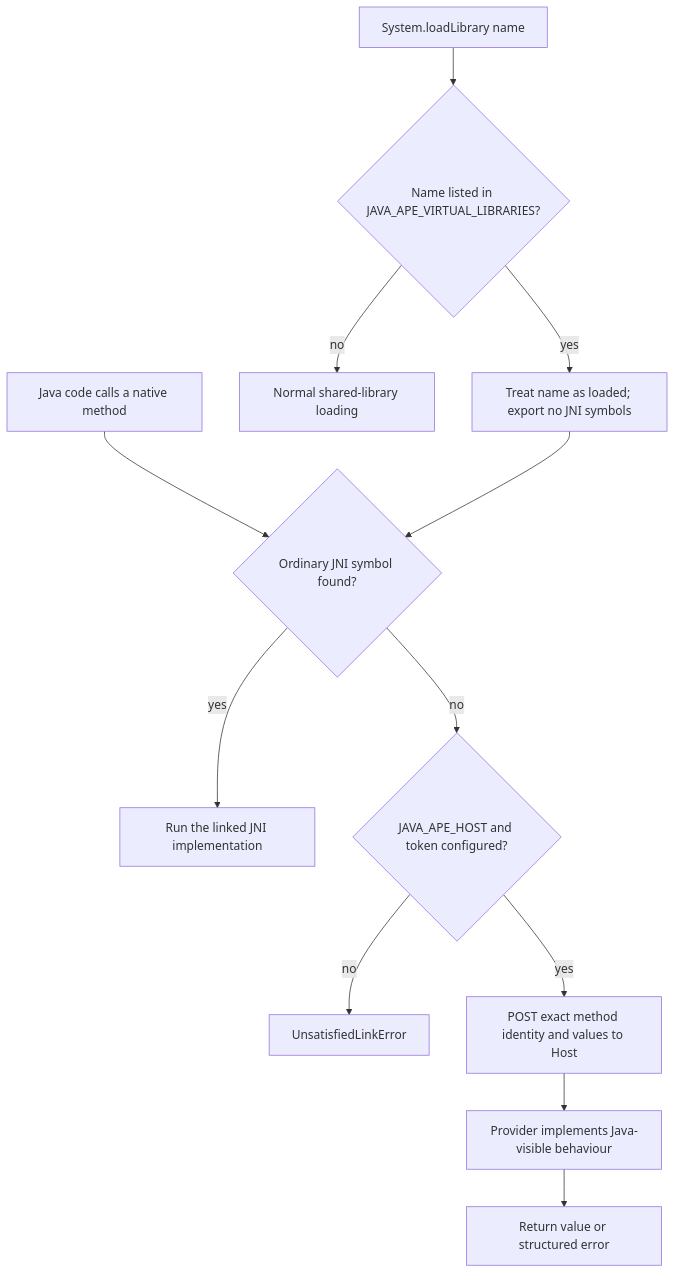
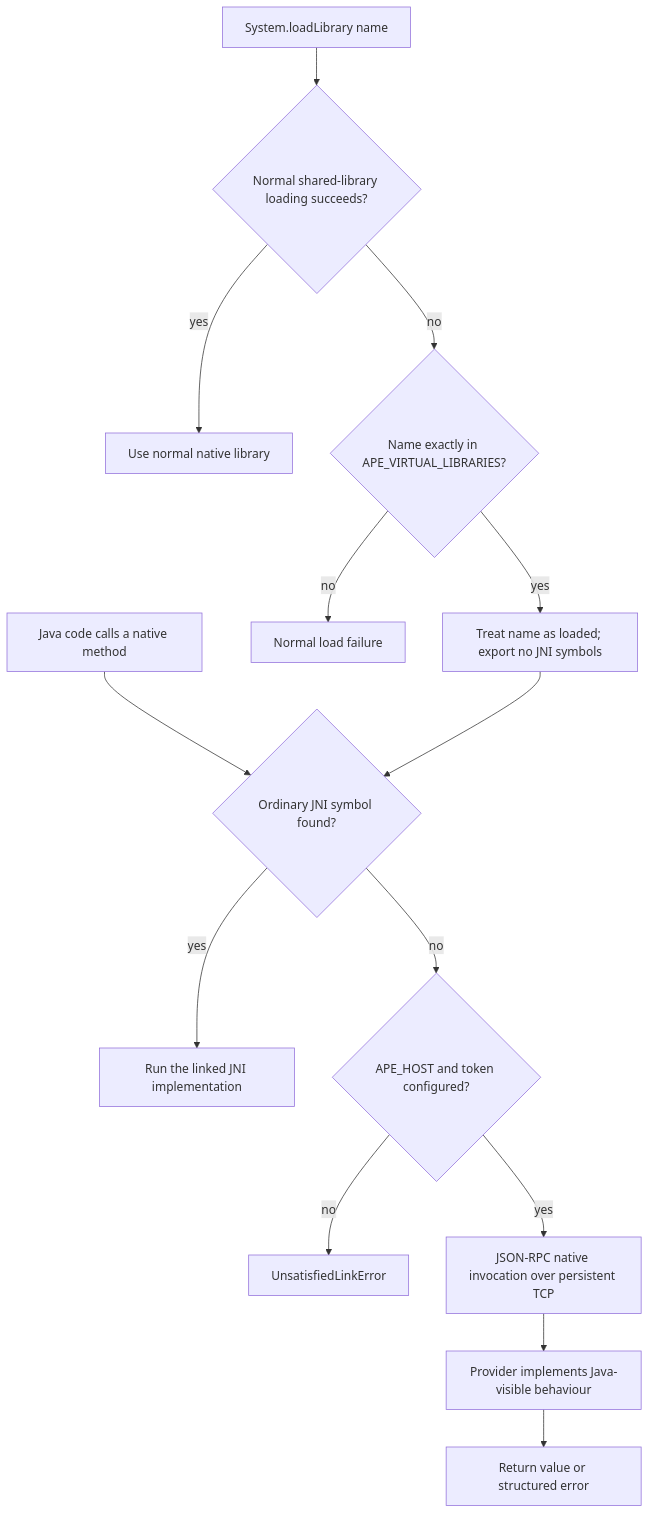
One commit to bear0330/java-ape changed the diagram in README.md. Above: the diagram before and after it, drawn with Mermaid. The commit also changed other lines of this file and 39 other files, not shown here.

Commit message:
Overhaul opt-in JNI host service to generic our APE protocol which is based on JSON-RPC 2 not HTTP anymore.

````diff
--- a/README.md
+++ b/README.md
@@ -87,15 +95,17 @@
 ```mermaid
 flowchart TD
     A[Java code calls a native method] --> B{Ordinary JNI symbol found?}
     B -->|yes| C[Run the linked JNI implementation]
-    B -->|no| D{JAVA_APE_HOST and token configured?}
+    B -->|no| D{APE_HOST and token configured?}
     D -->|no| E[UnsatisfiedLinkError]
-    D -->|yes| F[POST exact method identity and values to Host]
+    D -->|yes| F[JSON-RPC native invocation over persistent TCP]
     F --> G[Provider implements Java-visible behaviour]
     G --> H[Return value or structured error]
 
-    I[System.loadLibrary name] --> J{Name listed in JAVA_APE_VIRTUAL_LIBRARIES?}
-    J -->|no| K[Normal shared-library loading]
-    J -->|yes| L[Treat name as loaded; export no JNI symbols]
-    L --> B
+    I[System.loadLibrary name] --> J{Normal shared-library loading succeeds?}
+    J -->|yes| K[Use normal native library]
+    J -->|no| L{Name exactly in APE_VIRTUAL_LIBRARIES?}
+    L -->|no| M[Normal load failure]
+    L -->|yes| N[Treat name as loaded; export no JNI symbols]
+    N --> B
 ```
````
